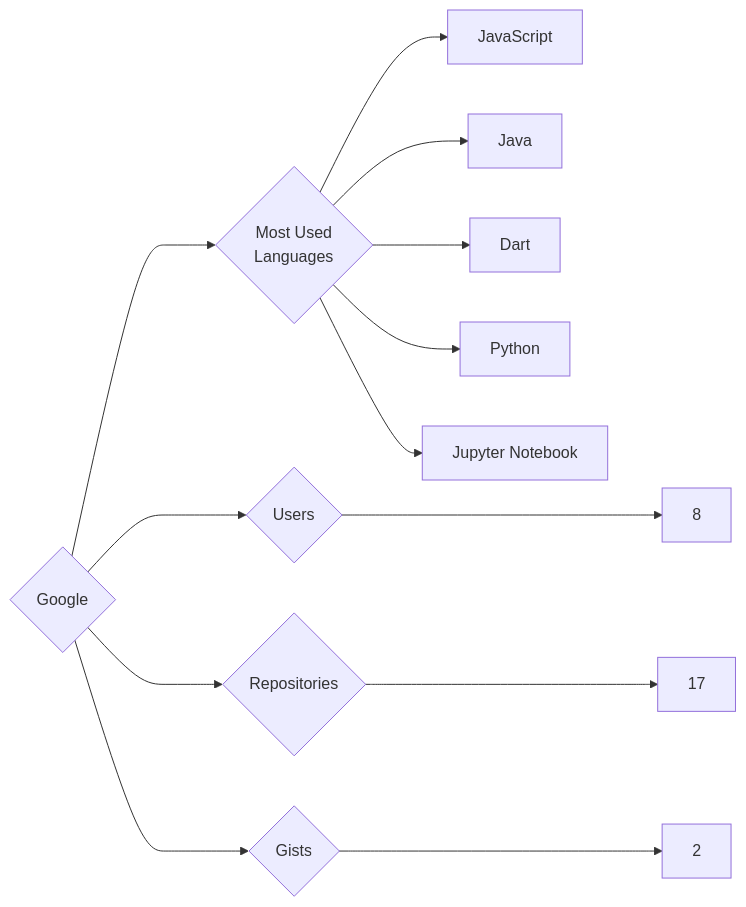
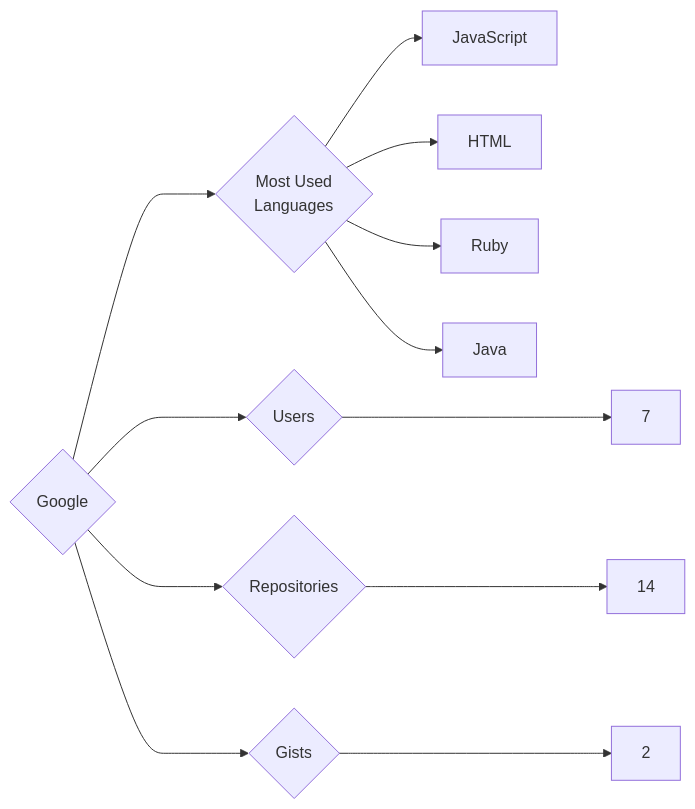
One commit to trickest/insiders changed the diagram in targets/Google/README.md. Above: the diagram before and after it, drawn with Mermaid. The commit also changed 865 other files, not shown here.

````diff
--- a/targets/Google/README.md
+++ b/targets/Google/README.md
@@ -3,13 +3,12 @@
 ```mermaid
 graph LR
 COMPANY_NAME{Google}
-COMPANY_NAME ---> U{Users} ---> UN[8]
-COMPANY_NAME ---> R{Repositories} ---> RN[17]
+COMPANY_NAME ---> U{Users} ---> UN[7]
+COMPANY_NAME ---> R{Repositories} ---> RN[14]
 COMPANY_NAME ---> G{Gists} ---> GN[2]
 COMPANY_NAME ---> ML{Most Used<br>Languages}
 ML --> JavaScript[JavaScript]
+ML --> HTML[HTML]
+ML --> Ruby[Ruby]
 ML --> Java[Java]
-ML --> Dart[Dart]
-ML --> Python[Python]
-ML --> Jupyter_Notebook[Jupyter Notebook]
 ```
````
